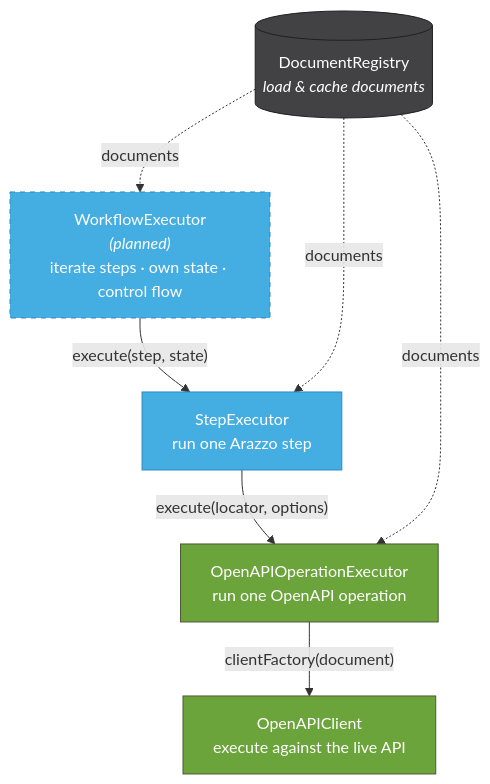
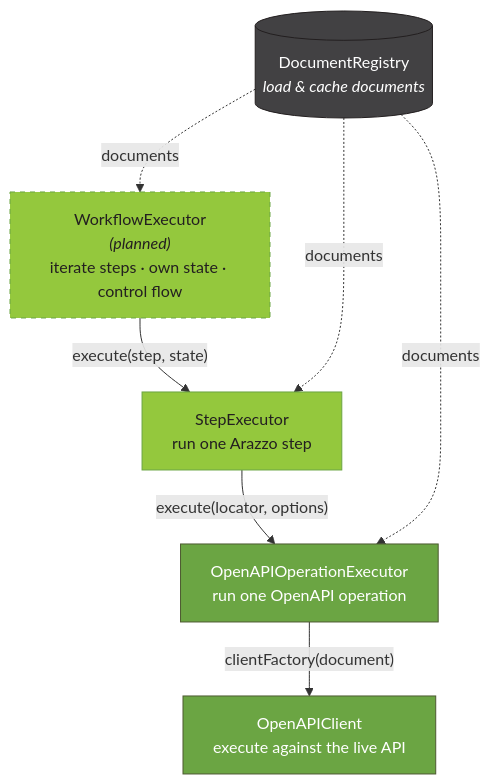
The diagram in packages/jentic-arazzo-runner/README.md (jentic/jentic-arazzo-tools), drawn with Mermaid before and after one commit. The commit also changed other lines of this file, not shown here.

Commit message:
docs(runner): use Arazzo/OpenAPI brand greens for diagram nodes

````diff
--- a/packages/jentic-arazzo-runner/README.md
+++ b/packages/jentic-arazzo-runner/README.md
@@ -34,28 +34,28 @@
 ```mermaid
 flowchart TD
     Registry[("DocumentRegistry<br/><i>load & cache documents</i>")]
 
     WF["WorkflowExecutor<br/><i>(planned)</i><br/>iterate steps · own state · control flow"]
     Step["StepExecutor<br/>run one Arazzo step"]
     Op["OpenAPIOperationExecutor<br/>run one OpenAPI operation"]
     Client["OpenAPIClient<br/>execute against the live API"]
 
     WF -->|"execute(step, state)"| Step
     Step -->|"execute(locator, options)"| Op
     Op -->|"clientFactory(document)"| Client
 
     Registry -.->|documents| WF
     Registry -.->|documents| Step
     Registry -.->|documents| Op
 
-    %% brand colors: Arazzo blue, OpenAPI green, neutral registry grey
-    classDef arazzo fill:#44ADE2,stroke:#2B8CBE,color:#fff;
-    classDef openapi fill:#6BA43A,stroke:#4D5A31,color:#fff;
+    %% brand colors: Arazzo green, OpenAPI green, neutral registry grey
+    classDef arazzo fill:#94C83D,stroke:#6BA543,color:#231F20;
+    classDef openapi fill:#6BA543,stroke:#4D5A31,color:#fff;
     classDef neutral fill:#424143,stroke:#231F20,color:#fff;
     classDef planned stroke-dasharray: 5 5;
 
     class WF,Step arazzo;
     class Op,Client openapi;
     class Registry neutral;
     class WF planned;
 ```
````
